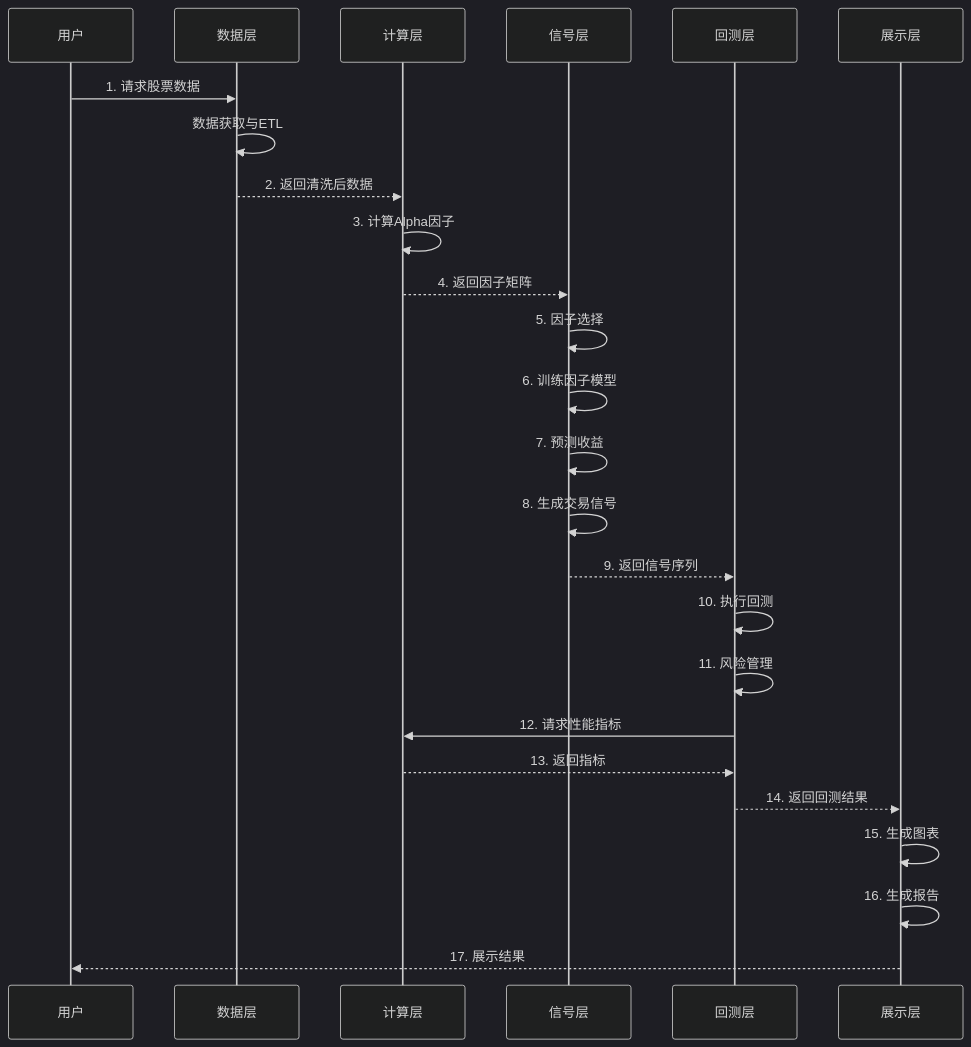
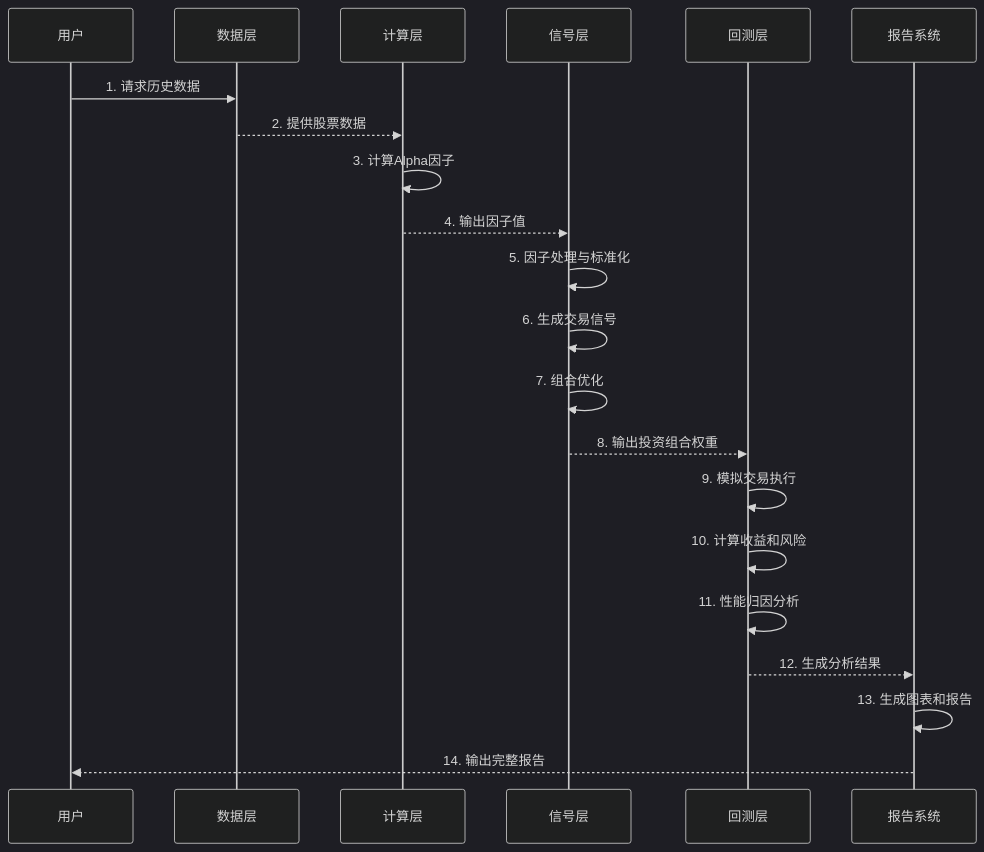
Before and after one commit to YutaoWang03/Quant---Alpha101: the eighth of 8 diagrams in docs/ARCHITECTURE.md, drawn with Mermaid (dark theme). The commit also changed other lines of this file and 14 other files, not shown here.

````diff
--- a/docs/ARCHITECTURE.md
+++ b/docs/ARCHITECTURE.md
@@ -401,32 +669,28 @@
 ```mermaid
 sequenceDiagram
     participant User as 用户
     participant Data as 数据层
-    participant Compute as 计算层
+    participant Core as 计算层
     participant Signal as 信号层
     participant Backtest as 回测层
-    participant Visual as 展示层
+    participant Report as 报告系统
     
-    User->>Data: 1. 请求股票数据
-    Data->>Data: 数据获取与ETL
-    Data-->>Compute: 2. 返回清洗后数据
+    User->>Data: 1. 请求历史数据
+    Data-->>Core: 2. 提供股票数据
     
-    Compute->>Compute: 3. 计算Alpha因子
-    Compute-->>Signal: 4. 返回因子矩阵
+    Core->>Core: 3. 计算Alpha因子
+    Core-->>Signal: 4. 输出因子值
     
-    Signal->>Signal: 5. 因子选择
-    Signal->>Signal: 6. 训练因子模型
-    Signal->>Signal: 7. 预测收益
-    Signal->>Signal: 8. 生成交易信号
-    Signal-->>Backtest: 9. 返回信号序列
+    Signal->>Signal: 5. 因子处理与标准化
+    Signal->>Signal: 6. 生成交易信号
+    Signal->>Signal: 7. 组合优化
+    Signal-->>Backtest: 8. 输出投资组合权重
     
-    Backtest->>Backtest: 10. 执行回测
-    Backtest->>Backtest: 11. 风险管理
-    Backtest->>Compute: 12. 请求性能指标
-    Compute-->>Backtest: 13. 返回指标
-    Backtest-->>Visual: 14. 返回回测结果
+    Backtest->>Backtest: 9. 模拟交易执行
+    Backtest->>Backtest: 10. 计算收益和风险
+    Backtest->>Backtest: 11. 性能归因分析
+    Backtest-->>Report: 12. 生成分析结果
     
-    Visual->>Visual: 15. 生成图表
-    Visual->>Visual: 16. 生成报告
-    Visual-->>User: 17. 展示结果
+    Report->>Report: 13. 生成图表和报告
+    Report-->>User: 14. 输出完整报告
 ```
````
